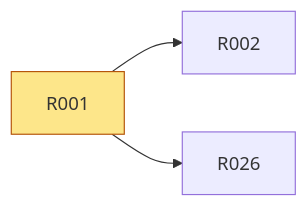
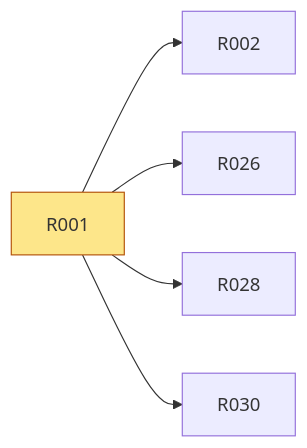
Before and after one commit to vima-tech/PACT: the diagram in .pact/pact-platform-unification/pact-book/src/r/R001.md, drawn with Mermaid. The commit also changed other lines of this file and 100 other files, not shown here.

````diff
--- a/.pact/pact-platform-unification/pact-book/src/r/R001.md
+++ b/.pact/pact-platform-unification/pact-book/src/r/R001.md
@@ -38,6 +38,8 @@
 ```mermaid
 graph LR
   R001 --> R002["R002"]
   R001 --> R026["R026"]
+  R001 --> R028["R028"]
+  R001 --> R030["R030"]
   style R001 fill:#fde68a,stroke:#b45309
 ```
````
